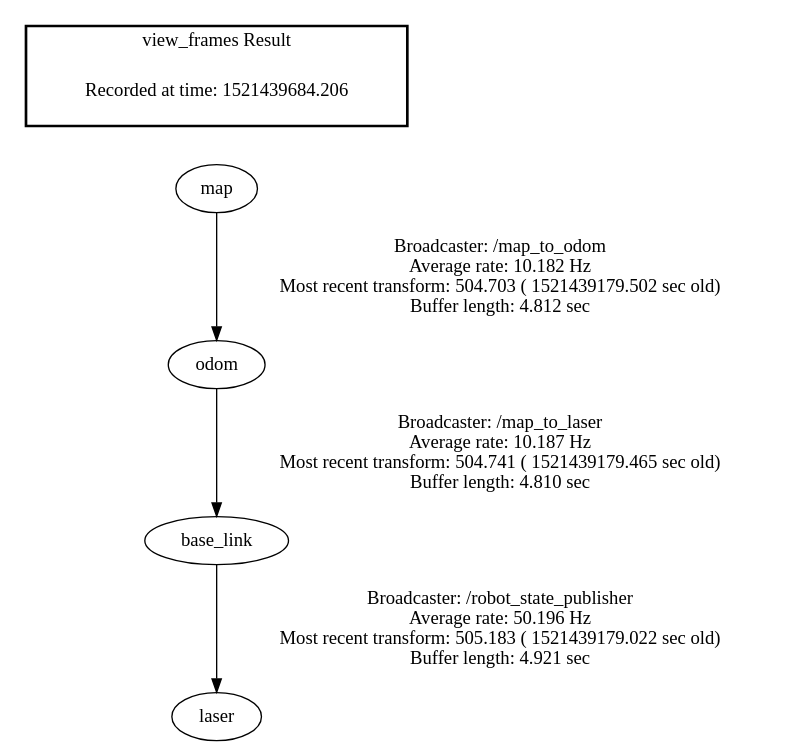
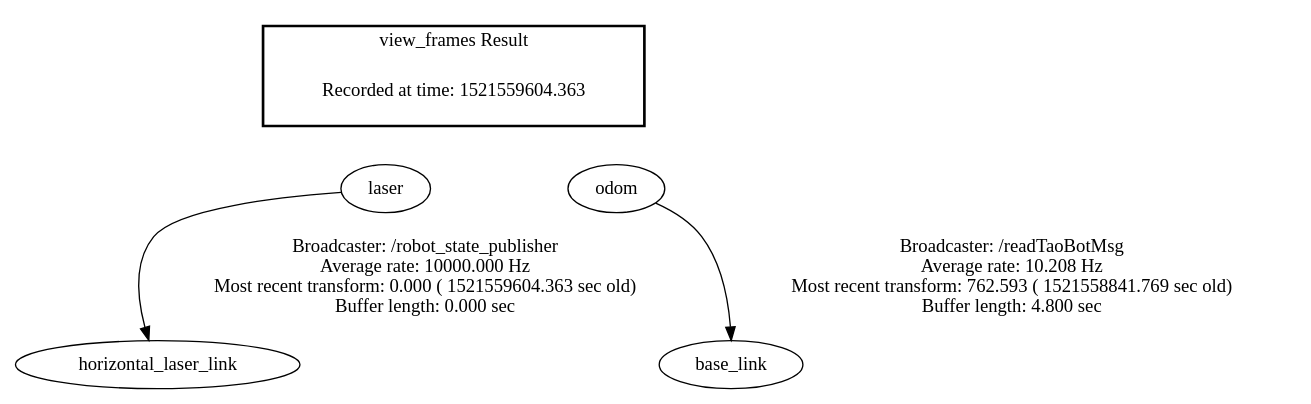
The diagram in src/taobot_link/frames.gv (lingfei93/agv), drawn with Graphviz before and after one commit. The commit also changed 13 other files, not shown here.

```diff
--- a/src/taobot_link/frames.gv
+++ b/src/taobot_link/frames.gv
@@ -1,9 +1,12 @@
 digraph G {
-"base_link" -> "laser"[label="Broadcaster: /robot_state_publisher\nAverage rate: 50.196 Hz\nMost recent transform: 505.183 ( 1521439179.022 sec old)\nBuffer length: 4.921 sec\n"];
-"odom" -> "base_link"[label="Broadcaster: /map_to_laser\nAverage rate: 10.187 Hz\nMost recent transform: 504.741 ( 1521439179.465 sec old)\nBuffer length: 4.810 sec\n"];
-"map" -> "odom"[label="Broadcaster: /map_to_odom\nAverage rate: 10.182 Hz\nMost recent transform: 504.703 ( 1521439179.502 sec old)\nBuffer length: 4.812 sec\n"];
+"laser" -> "horizontal_laser_link"[label="Broadcaster: /robot_state_publisher\nAverage rate: 10000.000 Hz\nMost recent transform: 0.000 ( 1521559604.363 sec old)\nBuffer length: 0.000 sec\n"];
+"odom" -> "base_link"[label="Broadcaster: /readTaoBotMsg\nAverage rate: 10.208 Hz\nMost recent transform: 762.593 ( 1521558841.769 sec old)\nBuffer length: 4.800 sec\n"];
 edge [style=invis];
  subgraph cluster_legend { style=bold; color=black; label ="view_frames Result";
-"Recorded at time: 1521439684.206"[ shape=plaintext ] ;
- }->"map";
+"Recorded at time: 1521559604.363"[ shape=plaintext ] ;
+ }->"laser";
+edge [style=invis];
+ subgraph cluster_legend { style=bold; color=black; label ="view_frames Result";
+"Recorded at time: 1521559604.363"[ shape=plaintext ] ;
+ }->"odom";
 }
```
